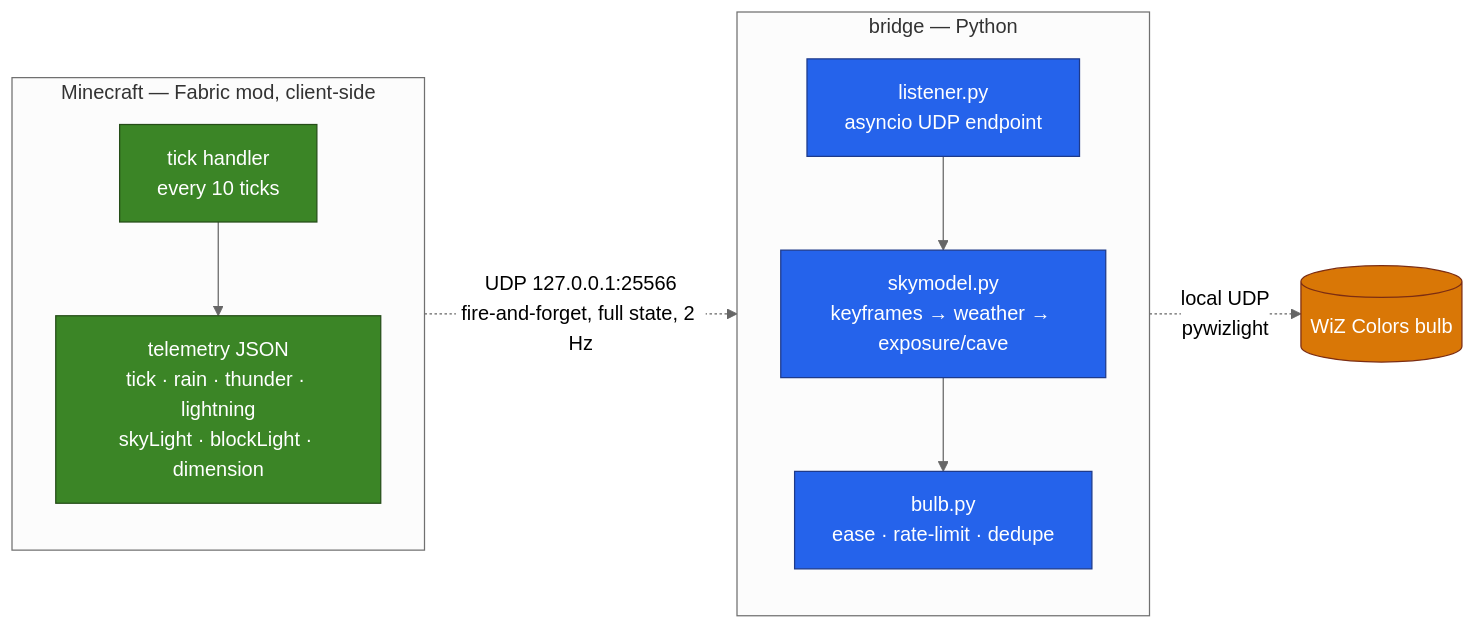
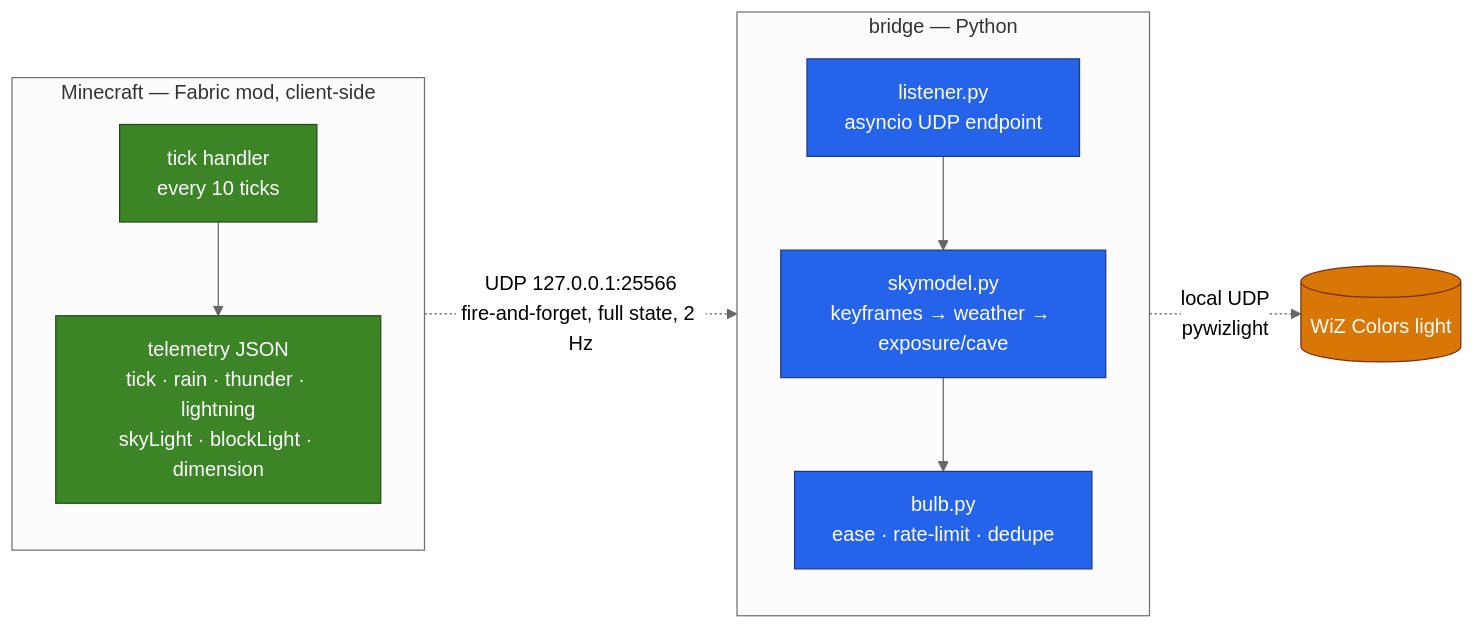
One commit to RatanRavichandran/immersive-minecraft changed the diagram in README.md. Above: the diagram before and after it, drawn with Mermaid (neutral theme). The commit also changed other lines of this file, not shown here.

````diff
--- a/README.md
+++ b/README.md
@@ -15,28 +15,28 @@
 ```mermaid
 flowchart LR
     classDef mc fill:#3b8526,stroke:#254d18,color:#ffffff
     classDef bridge fill:#2563eb,stroke:#1e3a8a,color:#ffffff
-    classDef bulb fill:#d97706,stroke:#7c2d12,color:#ffffff
+    classDef light fill:#d97706,stroke:#7c2d12,color:#ffffff
 
     subgraph MC["Minecraft — Fabric mod, client-side"]
         direction TB
         T["tick handler<br/>every 10 ticks"]
         J["telemetry JSON<br/>tick · rain · thunder · lightning<br/>skyLight · blockLight · dimension"]
         T --> J
     end
 
     subgraph Bridge["bridge — Python"]
         direction TB
         L["listener.py<br/>asyncio UDP endpoint"]
         S["skymodel.py<br/>keyframes → weather → exposure/cave"]
         D["bulb.py<br/>ease · rate-limit · dedupe"]
         L --> S --> D
     end
 
     J -. "UDP 127.0.0.1:25566<br/>fire-and-forget, full state, 2 Hz" .-> L
-    D -. "local UDP<br/>pywizlight" .-> W[("WiZ Colors bulb")]
+    D -. "local UDP<br/>pywizlight" .-> W[("WiZ Colors light")]
 
     class T,J mc
     class L,S,D bridge
-    class W bulb
+    class W light
 ```
````
